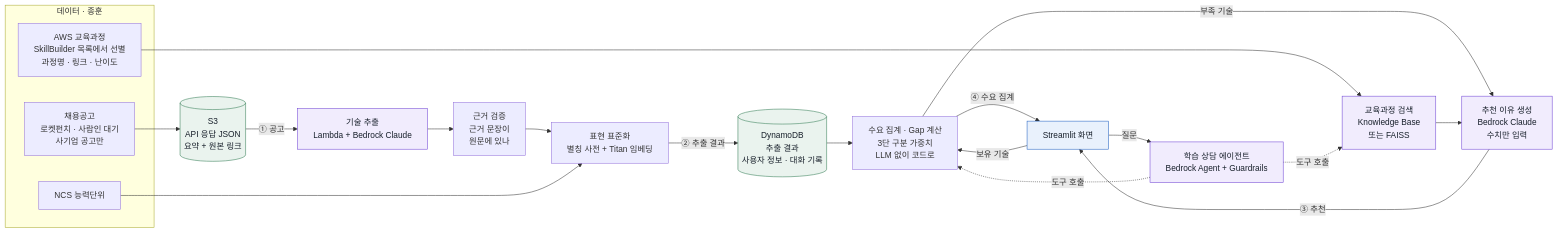
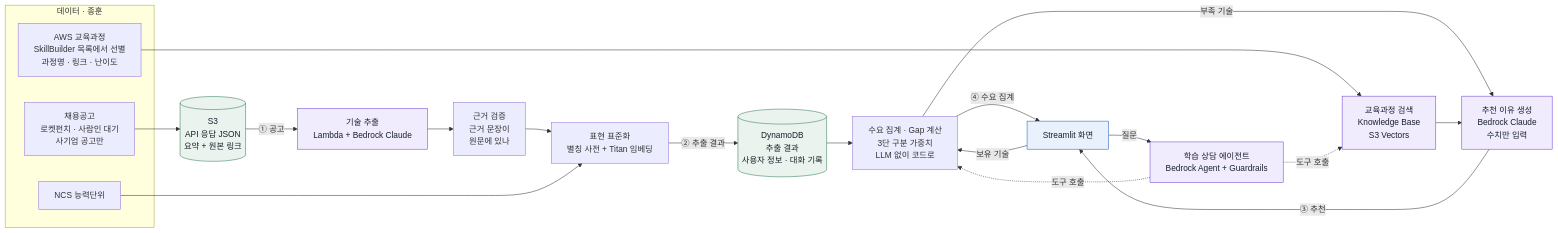
The second of 2 diagrams in docs/service-flow.md (Sungsim-Metro/skillpath-ai), drawn with Mermaid before and after one commit. The commit also changed other lines of this file and 4 other files, not shown here.

````diff
--- a/docs/service-flow.md
+++ b/docs/service-flow.md
@@ -35,43 +35,43 @@
 ```mermaid
 flowchart LR
     subgraph SRC["데이터 · 종훈"]
         posting["채용공고<br/>로켓펀치 · 사람인 대기<br/>사기업 공고만"]
         ncs["NCS 능력단위"]
         course["AWS 교육과정<br/>SkillBuilder 목록에서 선별<br/>과정명 · 링크 · 난이도"]
     end
 
     s3[("S3<br/>API 응답 JSON<br/>요약 + 원본 링크")]
     extract["기술 추출<br/>Lambda + Bedrock Claude"]
     verify["근거 검증<br/>근거 문장이<br/>원문에 있나"]
     normalize["표현 표준화<br/>별칭 사전 + Titan 임베딩"]
     ddb[("DynamoDB<br/>추출 결과<br/>사용자 정보 · 대화 기록")]
     gap["수요 집계 · Gap 계산<br/>3단 구분 가중치<br/>LLM 없이 코드로"]
-    search["교육과정 검색<br/>Knowledge Base<br/>또는 FAISS"]
+    search["교육과정 검색<br/>Knowledge Base<br/>S3 Vectors"]
     reason["추천 이유 생성<br/>Bedrock Claude<br/>수치만 입력"]
     agent["학습 상담 에이전트<br/>Bedrock Agent + Guardrails"]
     app["Streamlit 화면"]
 
     posting --> s3
     s3 -- "① 공고" --> extract
     extract --> verify
     verify --> normalize
     ncs --> normalize
     normalize -- "② 추출 결과" --> ddb
     ddb --> gap
     gap -- "④ 수요 집계" --> app
     app -- "보유 기술" --> gap
     gap -- "부족 기술" --> reason
     course --> search
     search --> reason
     reason -- "③ 추천" --> app
     app -- "질문" --> agent
     agent -. "도구 호출" .-> gap
     agent -. "도구 호출" .-> search
 
     classDef ai fill:#f1ecfd,stroke:#6b3fd4,color:#18202b
     classDef store fill:#eaf3ee,stroke:#2f7a52,color:#18202b
     classDef ui fill:#e9f1fc,stroke:#1f5fbf,color:#18202b
     class extract,search,reason,agent ai
     class s3,ddb store
     class app ui
 ```
````
